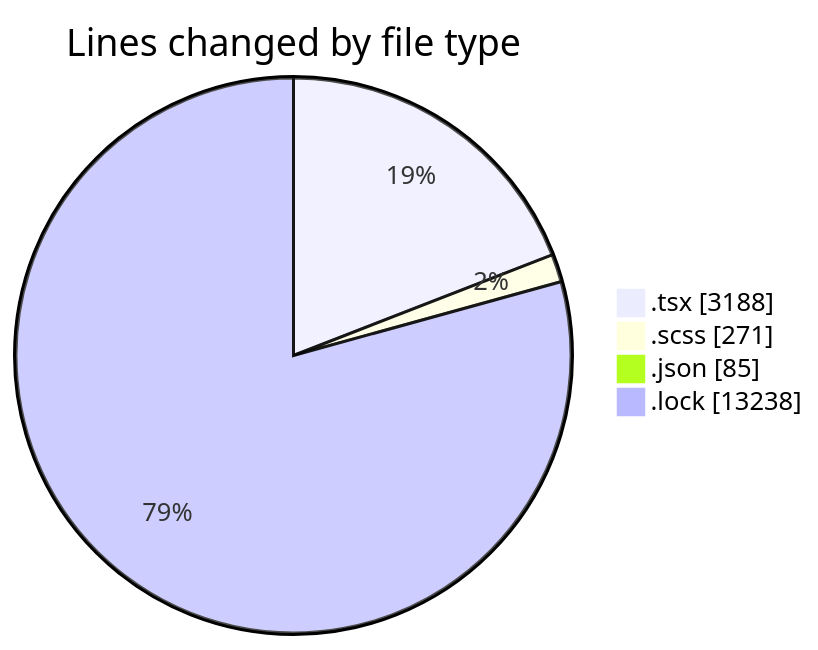
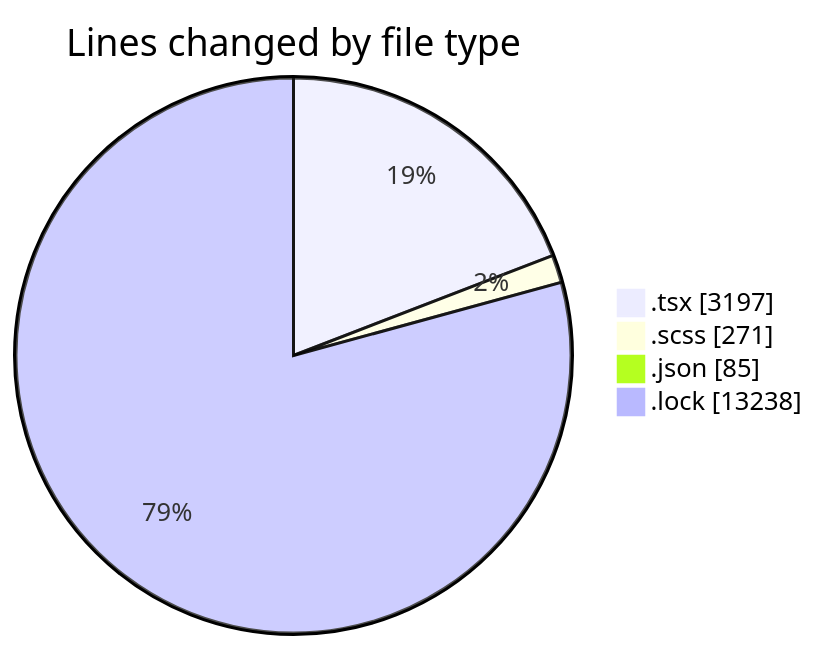
Before and after one commit to momahboobian/code-tracking: the first of 2 diagrams in 2025-11-18/cda/README.md, drawn with Mermaid. The commit also changed other lines of this file and 1 other file, not shown here.

````diff
--- a/2025-11-18/cda/README.md
+++ b/2025-11-18/cda/README.md
@@ -29,8 +29,8 @@
 ```mermaid
 pie showData
 title Lines changed by file type
-".tsx" : 3188
+".tsx" : 3197
 ".scss" : 271
 ".json" : 85
 ".lock" : 13238
 ```
````
